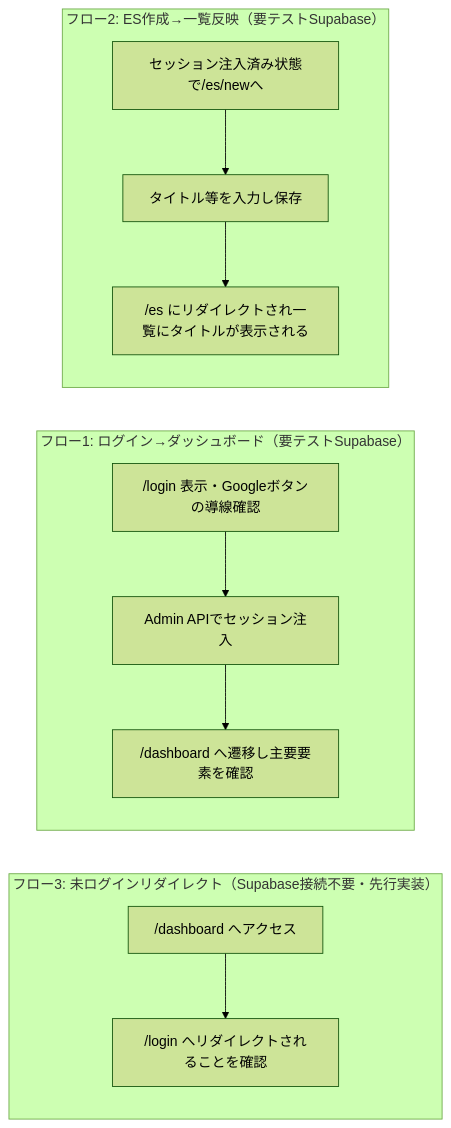
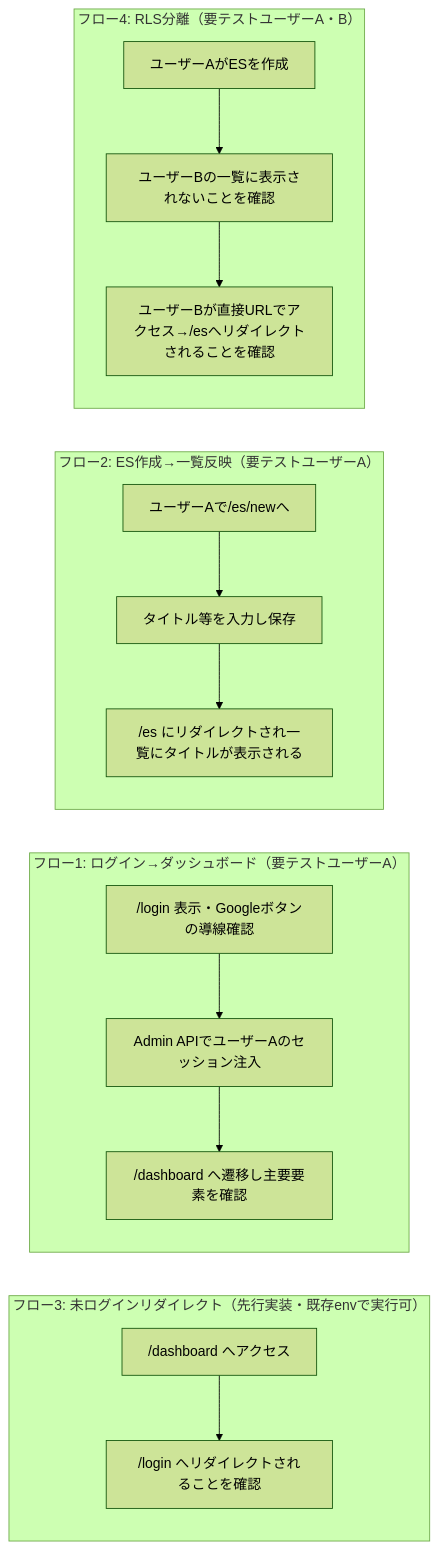
One commit to Yamada040/job-seeker changed the second of 2 diagrams in docs/testing/e2e-test-plan.md. Above: the diagram before and after it, drawn with Mermaid (forest theme). The commit also changed other lines of this file and 10 other files, not shown here.

````diff
--- a/docs/testing/e2e-test-plan.md
+++ b/docs/testing/e2e-test-plan.md
@@ -120,14 +146,18 @@
 ```mermaid
 flowchart LR
-    subgraph Flow3["フロー3: 未ログインリダイレクト（Supabase接続不要・先行実装）"]
+    subgraph Flow3["フロー3: 未ログインリダイレクト（先行実装・既存envで実行可）"]
         F3a["/dashboard へアクセス"] --> F3b["/login へリダイレクトされることを確認"]
     end
-    subgraph Flow1["フロー1: ログイン→ダッシュボード（要テストSupabase）"]
-        F1a["/login 表示・Googleボタンの導線確認"] --> F1b["Admin APIでセッション注入"]
+    subgraph Flow1["フロー1: ログイン→ダッシュボード（要テストユーザーA）"]
+        F1a["/login 表示・Googleボタンの導線確認"] --> F1b["Admin APIでユーザーAのセッション注入"]
         F1b --> F1c["/dashboard へ遷移し主要要素を確認"]
     end
-    subgraph Flow2["フロー2: ES作成→一覧反映（要テストSupabase）"]
-        F2a["セッション注入済み状態で/es/newへ"] --> F2b["タイトル等を入力し保存"]
+    subgraph Flow2["フロー2: ES作成→一覧反映（要テストユーザーA）"]
+        F2a["ユーザーAで/es/newへ"] --> F2b["タイトル等を入力し保存"]
         F2b --> F2c["/es にリダイレクトされ一覧にタイトルが表示される"]
     end
+    subgraph Flow4["フロー4: RLS分離（要テストユーザーA・B）"]
+        F4a["ユーザーAがESを作成"] --> F4b["ユーザーBの一覧に表示されないことを確認"]
+        F4b --> F4c["ユーザーBが直接URLでアクセス→/esへリダイレクトされることを確認"]
+    end
 ```
````
